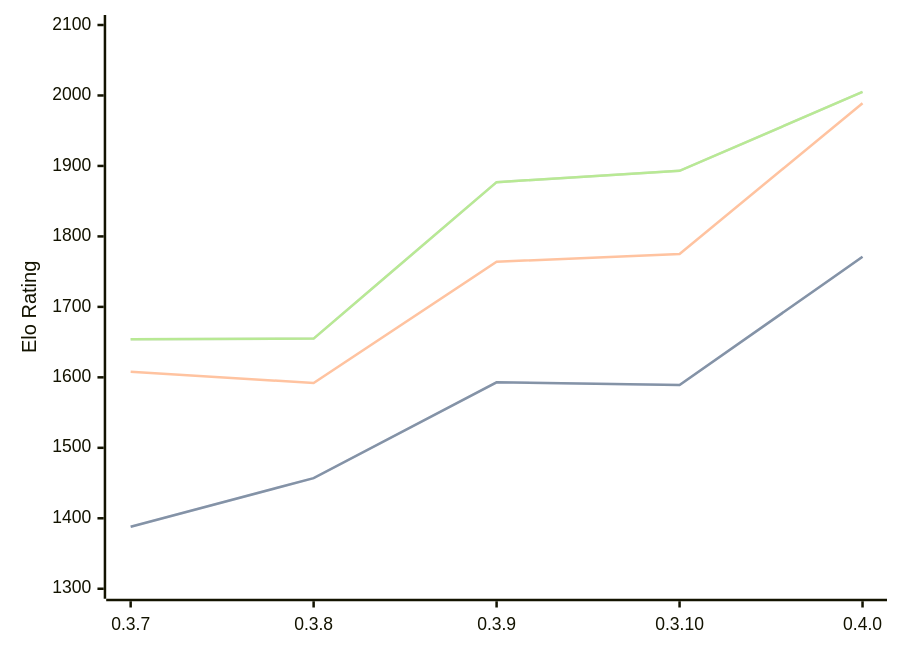
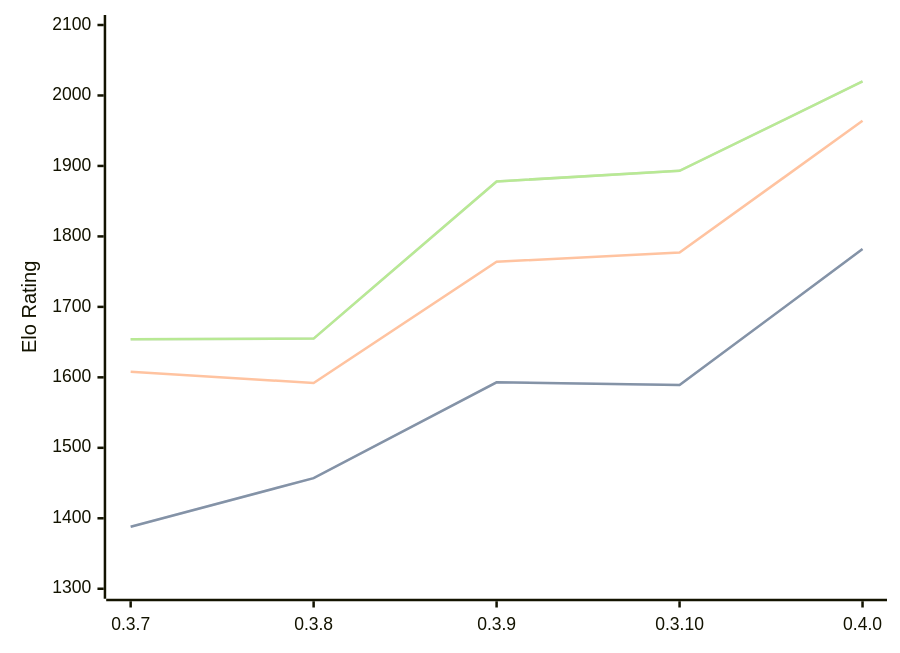
The diagram in engines/Arche.md (computer-chess-index/cci), drawn with Mermaid before and after one commit. The commit also changed other lines of this file, not shown here.

Commit message:
Update CCI Ratings (ELO VLTC) - 2026-08-31

````diff
--- a/engines/Arche.md
+++ b/engines/Arche.md
@@ -35,11 +35,11 @@
 ```mermaid
 %%{init: {"theme":"base","themeVariables":{"seriesColors:['#a3a3a3','#222221','#faa371']}}}%%
 xychart-beta
   x-axis ["0.3.7", "0.3.8", "0.3.9", "0.3.10", "0.4.0"]
   y-axis "Elo Rating" 1300 --> 2100
-  line "" [1388, 1457, 1593, 1589, 1771]
-  line "STC (8.0+0.08s)" [1388, 1457, 1593, 1589, 1771]
-  line "LTC (60.0+0.60s)" [1608, 1592, 1764, 1775, 1989]
-  line "" [1654, 1655, 1877, 1893, 2005]
-  line "VLTC (2m24s+1.12s)" [1654, 1655, 1877, 1893, 2005]
+  line "" [1388, 1457, 1593, 1589, 1782]
+  line "STC (8.0+0.08s)" [1388, 1457, 1593, 1589, 1782]
+  line "LTC (60.0+0.60s)" [1608, 1592, 1764, 1777, 1964]
+  line "" [1654, 1655, 1878, 1893, 2020]
+  line "VLTC (2m24s+1.12s)" [1654, 1655, 1878, 1893, 2020]
 ```
````
